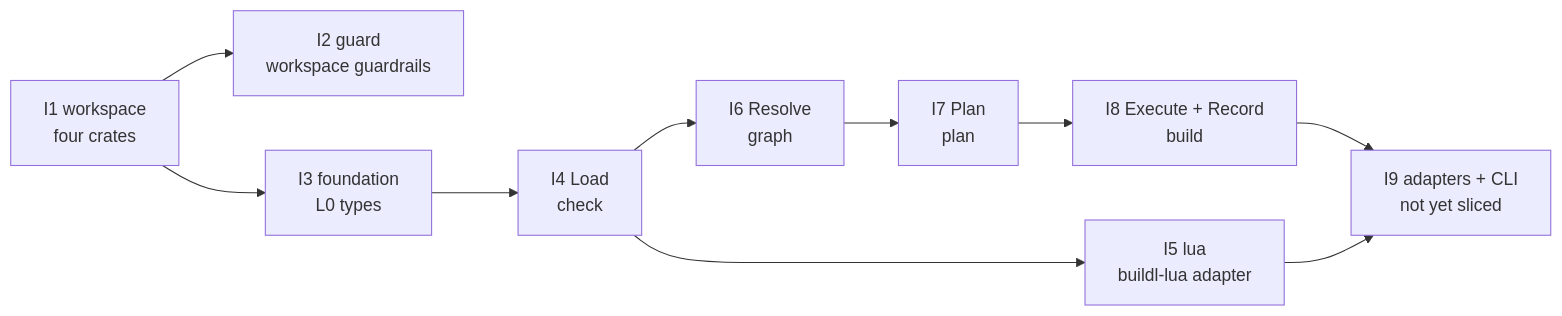
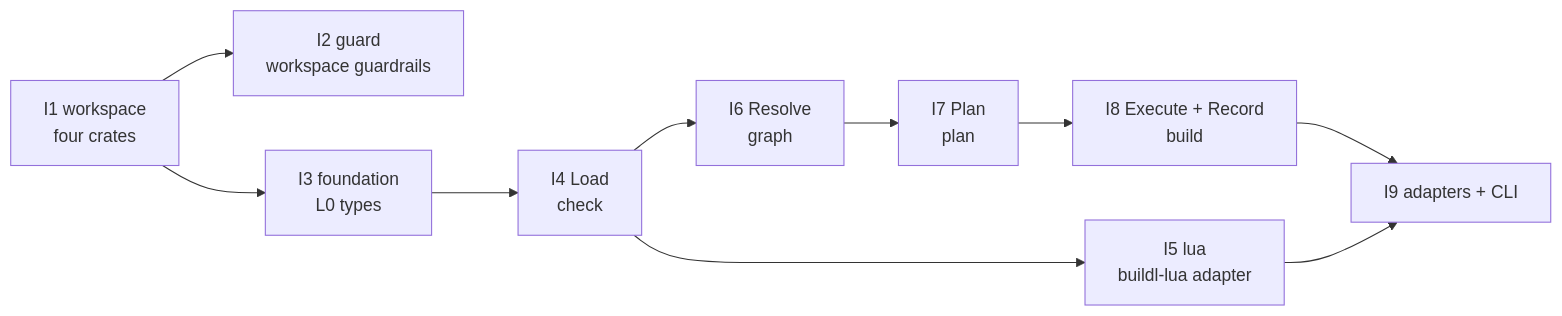
The second of 2 diagrams in docs/roadmap.md (airsstack/buildl), drawn with Mermaid before and after one commit. The commit also changed other lines of this file and 23 other files, not shown here.

````diff
--- a/docs/roadmap.md
+++ b/docs/roadmap.md
@@ -49,13 +50,13 @@
 ```mermaid
 %% Milestone 1 — intent ladder; arrows point from a slice to the slice that needs it
 graph LR
     I1["I1 workspace<br/>four crates"] --> I2["I2 guard<br/>workspace guardrails"]
     I1 --> I3["I3 foundation<br/>L0 types"]
     I3 --> I4["I4 Load<br/>check"]
     I4 --> I5["I5 lua<br/>buildl-lua adapter"]
     I4 --> I6["I6 Resolve<br/>graph"]
     I6 --> I7["I7 Plan<br/>plan"]
     I7 --> I8["I8 Execute + Record<br/>build"]
-    I8 --> I9["I9 adapters + CLI<br/>not yet sliced"]
+    I8 --> I9["I9 adapters + CLI"]
     I5 --> I9
 ```
````
